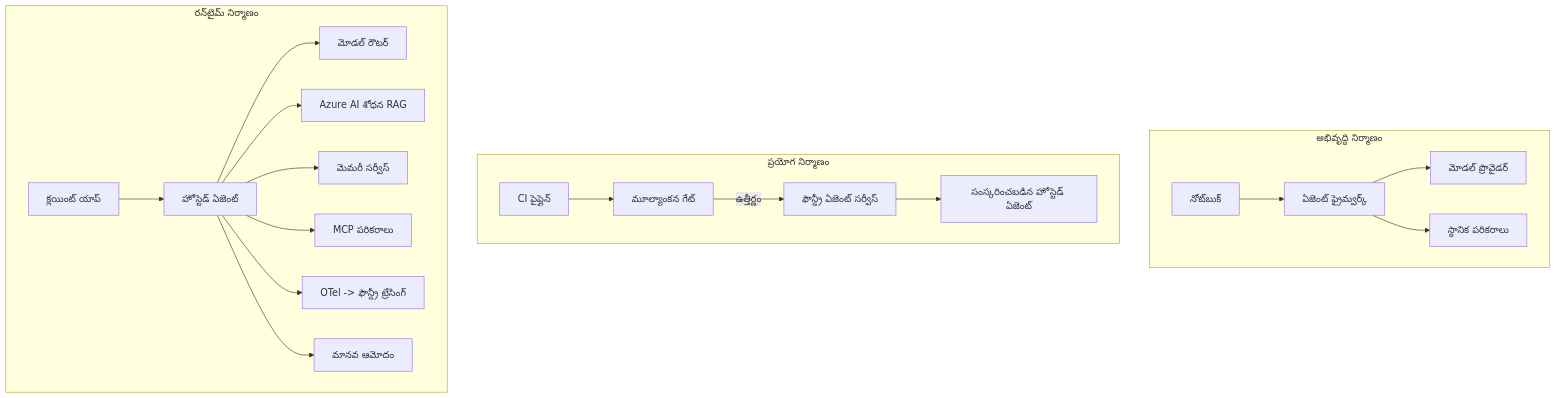
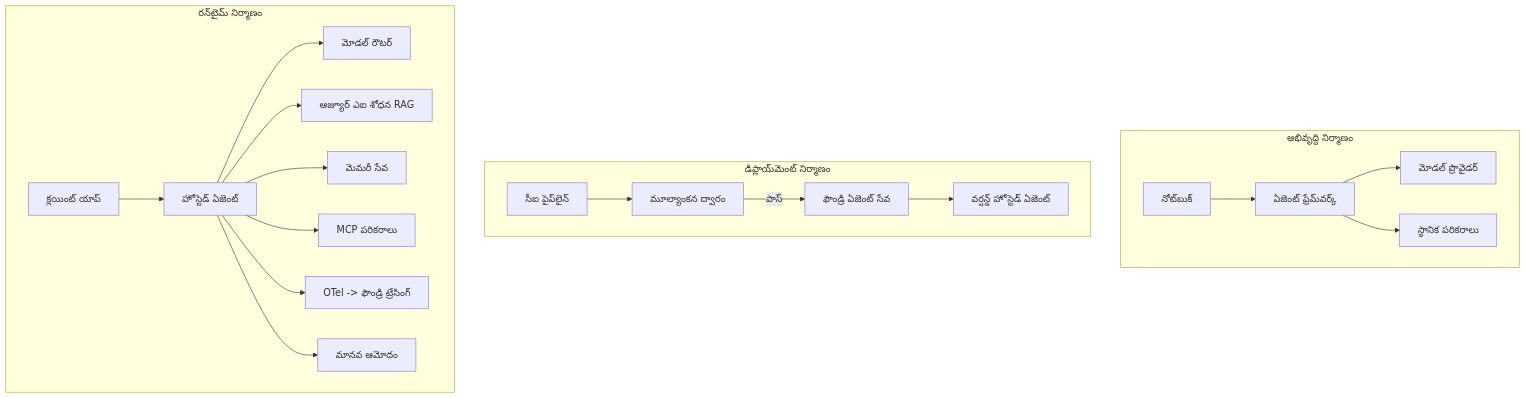
Before and after one commit to gabrielmoreira/agent-skills-mirror: the fourth of 4 diagrams in mirrors/repos/microsoft@ai-agents-for-beginners/translations/te/16-deploying-scalable-agents/README.md, drawn with Mermaid. The commit also changed other lines of this file and 4262 other files, not shown here.

````diff
--- a/mirrors/repos/microsoft@ai-agents-for-beginners/translations/te/16-deploying-scalable-agents/README.md
+++ b/mirrors/repos/microsoft@ai-agents-for-beginners/translations/te/16-deploying-scalable-agents/README.md
@@ -185,22 +185,22 @@
 ```mermaid
 flowchart TB
     subgraph Dev[అభివృద్ధి నిర్మాణం]
-        D1[నోట్‌బుక్] --> D2[ఏజెంట్ ఫ్రైమ్వర్క్]
+        D1[నోట్‌బుక్] --> D2[ఏజెంట్ ఫ్రేమ్‌వర్క్]
         D2 --> D3[మోడల్ ప్రొవైడర్]
         D2 --> D4[స్థానిక పరికరాలు]
     end
-    subgraph Deploy[ప్రయోగ నిర్మాణం]
-        E1[CI పైప్లైన్] --> E2[మూల్యాంకన గేట్]
-        E2 -->|ఉత్తీర్ణం| E3[ఫౌన్డ్రీ ఏజెంట్ సర్వీస్]
-        E3 --> E4[సంస్కరించబడిన హోస్టెడ్ ఏజెంట్]
+    subgraph Deploy[డిప్లాయ్‌మెంట్ నిర్మాణం]
+        E1[సీఐ పైప్‌లైన్] --> E2[మూల్యాంకన ద్వారం]
+        E2 -->|పాస్| E3[ఫౌండ్రి ఏజెంట్ సేవ]
+        E3 --> E4[వర్షన్డ్ హోస్టెడ్ ఏజెంట్]
     end
     subgraph Run[రన్‌టైమ్ నిర్మాణం]
         F1[క్లయింట్ యాప్] --> F2[హోస్టెడ్ ఏజెంట్]
         F2 --> F3[మోడల్ రౌటర్]
-        F2 --> F4[Azure AI శోధన RAG]
-        F2 --> F5[మెమరీ సర్వీస్]
+        F2 --> F4[ఆజ్యూర్ ఎఐ శోధన RAG]
+        F2 --> F5[మెమరీ సేవ]
         F2 --> F6[MCP పరికరాలు]
-        F2 --> F7[OTel -> ఫౌన్డ్రీ ట్రేసింగ్]
+        F2 --> F7[OTel -> ఫౌండ్రి ట్రేసింగ్]
         F2 --> F8[మానవ ఆమోదం]
     end
 ```
````
